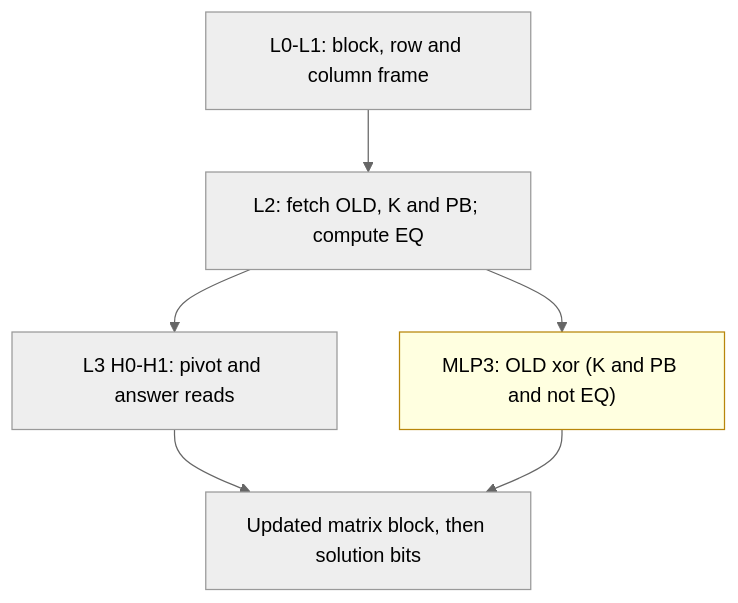
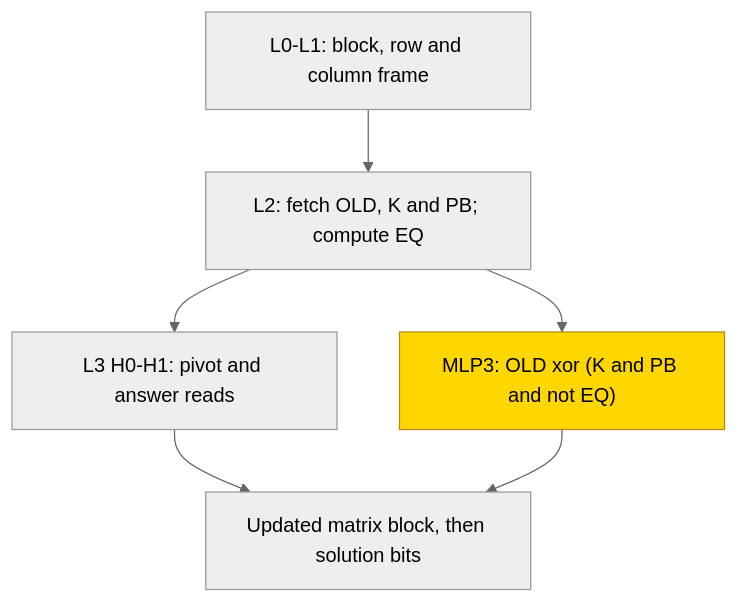
Before and after one commit to jc1122/mechanistic-interpretability-circuit-atlas: the first of 2 diagrams in entries/gf2-elimination.md, drawn with Mermaid (neutral theme). The commit also changed other lines of this file and 40 other files, not shown here.

First line of the commit message:
Cold-reader pass on all 41 entries: reading routes, first-screen scopes, accessible diagrams, verified headline sources (ux_reader1/2)

````diff
--- a/entries/gf2-elimination.md
+++ b/entries/gf2-elimination.md
@@ -61,10 +63,12 @@
 ```mermaid
 flowchart TD
+    accTitle: Hand-built binary row update and parallel pivot reads
+    accDescr: A frozen row and column frame feeds operand-bit fetches and the equality flag. Pivot and answer reads run alongside the XOR-AND row-update MLP before writing the matrix and solution. Only the update MLP is trained in PART; the separate attention-only PART cell has different trainable components.
   A["L0-L1: block, row and column frame"] --> B["L2: fetch OLD, K and PB; compute EQ"]
   B --> C["L3 H0-H1: pivot and answer reads"]
   B --> D["MLP3: OLD xor (K and PB and not EQ)"]
   C --> E["Updated matrix block, then solution bits"]
   D --> E
-  classDef trained fill:lightyellow,stroke:darkgoldenrod
+  classDef trained fill:gold,stroke:darkgoldenrod,color:black
   class D trained
 ```
````
